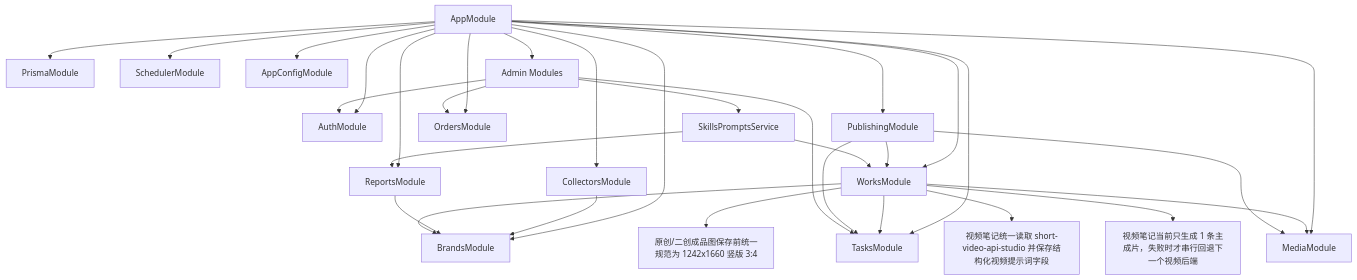
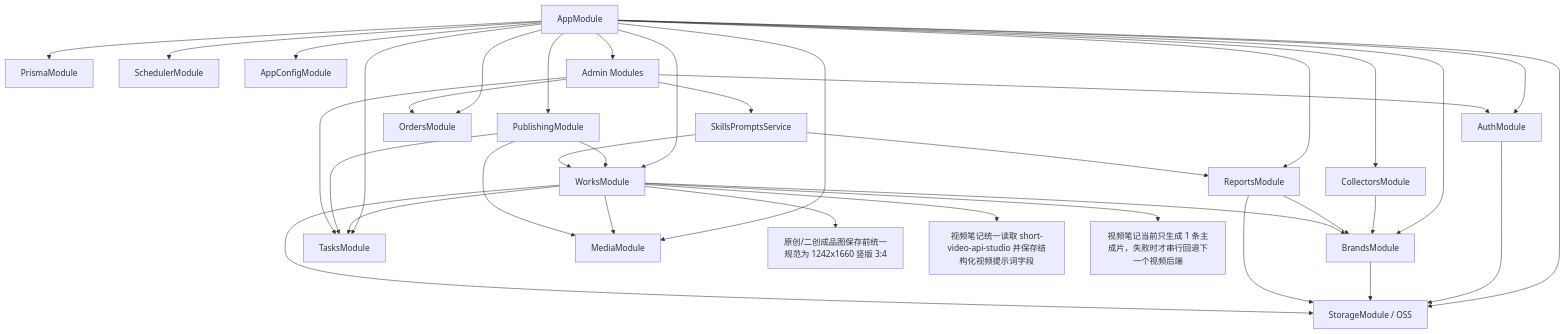
The ninth of 11 diagrams in docs/site-map-mermaid.md (Depthukesh/ai-omni-ops-system), drawn with Mermaid before and after one commit. The commit also changed other lines of this file and 23 other files, not shown here.

Commit message:
feat: unify oss-backed asset storage

````diff
--- a/docs/site-map-mermaid.md
+++ b/docs/site-map-mermaid.md
@@ -395,36 +397,41 @@
 ```mermaid
 flowchart TD
     App["AppModule"]
     App --> Infra1["PrismaModule"]
     App --> Infra2["SchedulerModule"]
     App --> Infra3["AppConfigModule"]
+    App --> Infra4["StorageModule / OSS"]
 
     App --> M1["AuthModule"]
     App --> M2["BrandsModule"]
     App --> M3["CollectorsModule"]
     App --> M4["ReportsModule"]
     App --> M5["WorksModule"]
     App --> M6["PublishingModule"]
     App --> M7["TasksModule"]
     App --> M8["MediaModule"]
     App --> M9["OrdersModule"]
     App --> M10["Admin Modules"]
 
+    M1 --> Infra4
+    M2 --> Infra4
     M3 --> M2
     M4 --> M2
+    M4 --> Infra4
     M5 --> M2
     M5 --> M7
     M5 --> M8
+    M5 --> Infra4
     M5 --> M51["原创/二创成品图保存前统一规范为 1242x1660 竖版 3:4"]
     M5 --> M52["视频笔记统一读取 short-video-api-studio 并保存结构化视频提示词字段"]
     M5 --> M53["视频笔记当前只生成 1 条主成片，失败时才串行回退下一个视频后端"]
     M6 --> M5
     M6 --> M7
     M6 --> M8
     M10 --> M9
     M10 --> M1
     M10 --> M7
     M10 --> M11["SkillsPromptsService"]
     M11 --> M4
     M11 --> M5
 ```
````
